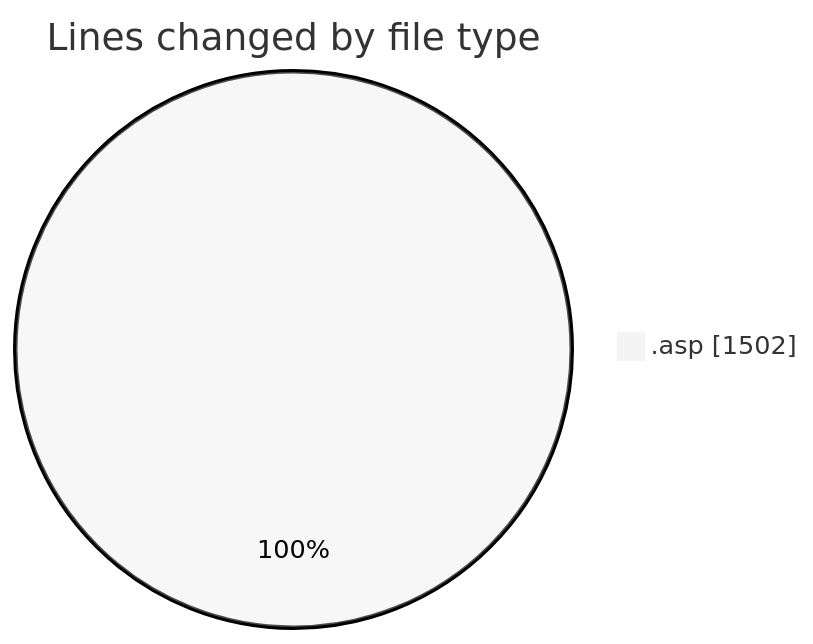
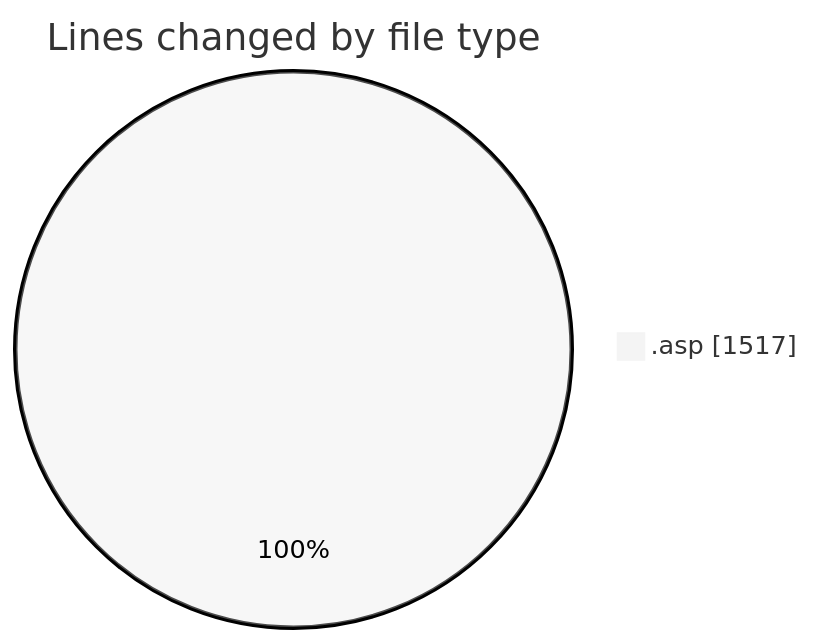
Before and after one commit to julien-gomy/code-tracking: the first of 2 diagrams in 2025-10-30/cdp_aleoudev_fr__workspace_/README.md, drawn with Mermaid (neutral theme). The commit also changed other lines of this file and 1 other file, not shown here.

````diff
--- a/2025-10-30/cdp_aleoudev_fr__workspace_/README.md
+++ b/2025-10-30/cdp_aleoudev_fr__workspace_/README.md
@@ -22,5 +22,5 @@
 ```mermaid
 pie showData
 title Lines changed by file type
-".asp" : 1502
+".asp" : 1517
 ```
````
